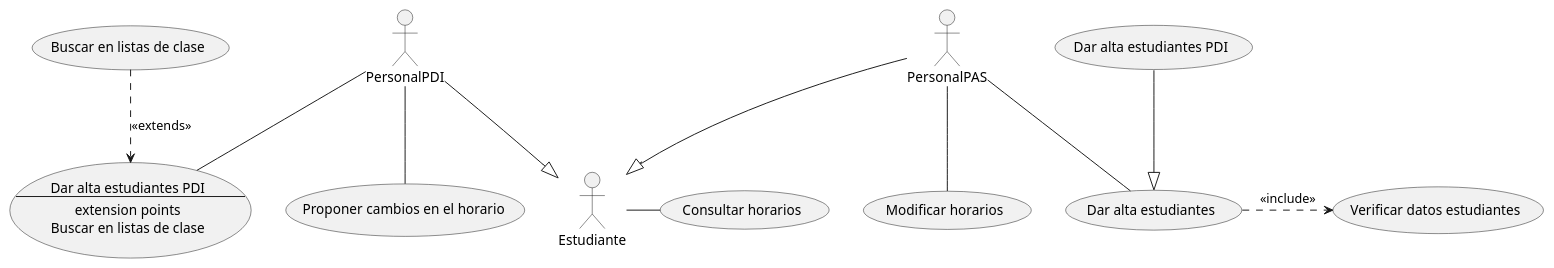
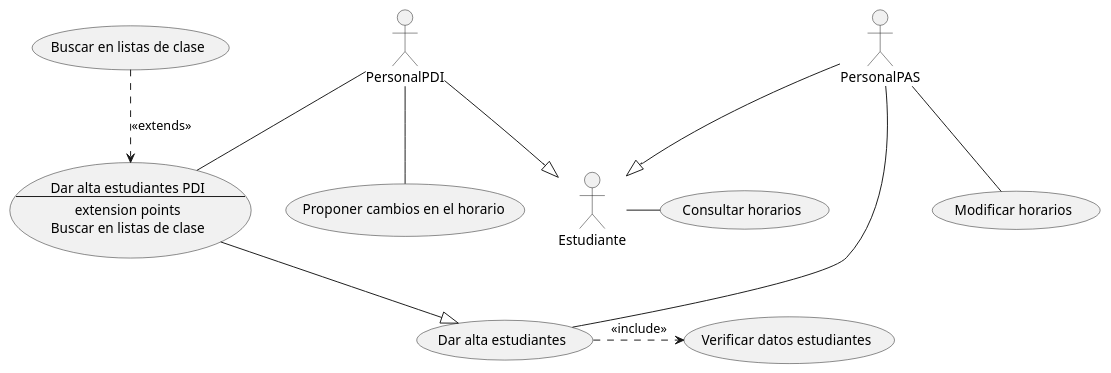
The diagram in lab0/source/Horarios.puml (cgg734/INRE-UAL-MORADO-2022-2023), drawn with PlantUML before and after one commit. The commit also changed 1 other file, not shown here.

```diff
--- a/lab0/source/Horarios.puml
+++ b/lab0/source/Horarios.puml
@@ -1,22 +1,22 @@
 @startuml
 
 usecase AltaPDI as "Dar alta estudiantes PDI
 --
 extension points
 Buscar en listas de clase
 "
 Estudiante-(Consultar horarios)
 PersonalPDI--(Proponer cambios en el horario)
 PersonalPDI--(AltaPDI)
 PersonalPAS--(Modificar horarios)
 PersonalPAS--(Dar alta estudiantes)
 
-(Dar alta estudiantes PDI)--|>(Dar alta estudiantes)
+(AltaPDI)--|>(Dar alta estudiantes)
 
 (Dar alta estudiantes).>(Verificar datos estudiantes): <<include>>
 (Buscar en listas de clase)..>(AltaPDI): <<extends>>
 
 
 PersonalPDI--|>Estudiante
 PersonalPAS--|>Estudiante
 @enduml
```
